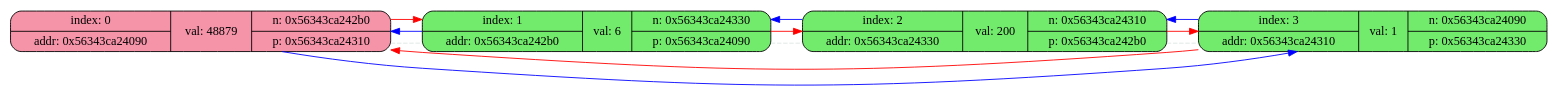
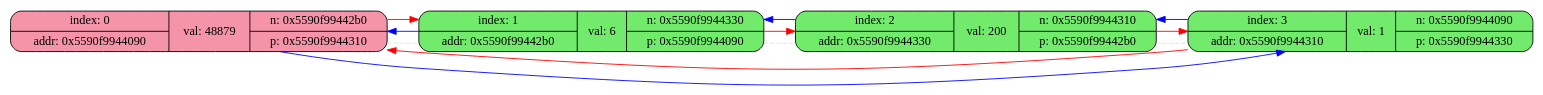
Before and after one commit to ThreadJava800/ClassicList: the diagram in graph/temp.dot, drawn with Graphviz. The commit also changed 13 other files, not shown here.

```diff
--- a/graph/temp.dot
+++ b/graph/temp.dot
@@ -1,15 +1,15 @@
 digraph structs {
 	rankdir=LR;
-	label0x56343ca24090[shape=record, style="rounded, filled", fillcolor="#f593a8", label="{ {index: 0 | addr: 0x56343ca24090} | val: 48879 | {n: 0x56343ca242b0 | p: 0x56343ca24310} }"];
-	label0x56343ca242b0[shape=record, style="rounded, filled", fillcolor="#72eb6c", label="{ {index: 1 | addr: 0x56343ca242b0} | val: 6 | {n: 0x56343ca24330 | p: 0x56343ca24090} }"];
-	label0x56343ca24330[shape=record, style="rounded, filled", fillcolor="#72eb6c", label="{ {index: 2 | addr: 0x56343ca24330} | val: 200 | {n: 0x56343ca24310 | p: 0x56343ca242b0} }"];
-	label0x56343ca24310[shape=record, style="rounded, filled", fillcolor="#72eb6c", label="{ {index: 3 | addr: 0x56343ca24310} | val: 1 | {n: 0x56343ca24090 | p: 0x56343ca24330} }"];
-	label0x56343ca24090->label0x56343ca242b0 [color="#dce6e3", style="dashed",arrowhead="none"]	label0x56343ca242b0->label0x56343ca24330 [color="#dce6e3", style="dashed",arrowhead="none"]	label0x56343ca24330->label0x56343ca24310 [color="#dce6e3", style="dashed",arrowhead="none"]	label0x56343ca242b0->label0x56343ca24330 [color="red"]
-	label0x56343ca242b0->label0x56343ca24090 [color="blue"]
-	label0x56343ca24330->label0x56343ca24310 [color="red"]
-	label0x56343ca24330->label0x56343ca242b0 [color="blue"]
-	label0x56343ca24310->label0x56343ca24090 [color="red"]
-	label0x56343ca24310->label0x56343ca24330 [color="blue"]
-	label0x56343ca24090->label0x56343ca242b0 [color="red"]
-	label0x56343ca24090->label0x56343ca24310 [color="blue"]
+	label0x5590f9944090[shape=record, style="rounded, filled", fillcolor="#f593a8", label="{ {index: 0 | addr: 0x5590f9944090} | val: 48879 | {n: 0x5590f99442b0 | p: 0x5590f9944310} }"];
+	label0x5590f99442b0[shape=record, style="rounded, filled", fillcolor="#72eb6c", label="{ {index: 1 | addr: 0x5590f99442b0} | val: 6 | {n: 0x5590f9944330 | p: 0x5590f9944090} }"];
+	label0x5590f9944330[shape=record, style="rounded, filled", fillcolor="#72eb6c", label="{ {index: 2 | addr: 0x5590f9944330} | val: 200 | {n: 0x5590f9944310 | p: 0x5590f99442b0} }"];
+	label0x5590f9944310[shape=record, style="rounded, filled", fillcolor="#72eb6c", label="{ {index: 3 | addr: 0x5590f9944310} | val: 1 | {n: 0x5590f9944090 | p: 0x5590f9944330} }"];
+	label0x5590f9944090->label0x5590f99442b0 [color="#dce6e3", style="dashed",arrowhead="none"]	label0x5590f99442b0->label0x5590f9944330 [color="#dce6e3", style="dashed",arrowhead="none"]	label0x5590f9944330->label0x5590f9944310 [color="#dce6e3", style="dashed",arrowhead="none"]	label0x5590f99442b0->label0x5590f9944330 [color="red"]
+	label0x5590f99442b0->label0x5590f9944090 [color="blue"]
+	label0x5590f9944330->label0x5590f9944310 [color="red"]
+	label0x5590f9944330->label0x5590f99442b0 [color="blue"]
+	label0x5590f9944310->label0x5590f9944090 [color="red"]
+	label0x5590f9944310->label0x5590f9944330 [color="blue"]
+	label0x5590f9944090->label0x5590f99442b0 [color="red"]
+	label0x5590f9944090->label0x5590f9944310 [color="blue"]
 }
```
